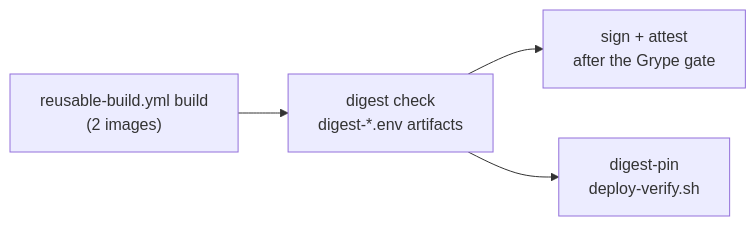
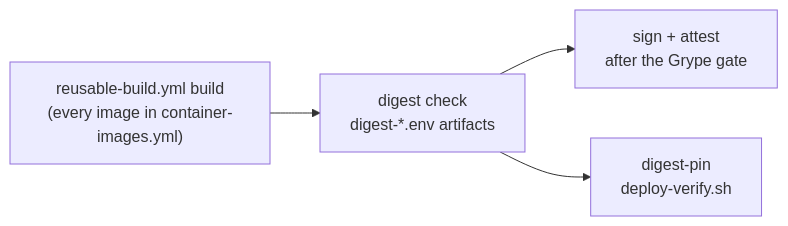
One commit to berserkhmdvhb/fullstack_template changed the third of 3 diagrams in wiki/containerization.md. Above: the diagram before and after it, drawn with Mermaid. The commit also changed other lines of this file and 23 other files, not shown here.

````diff
--- a/wiki/containerization.md
+++ b/wiki/containerization.md
@@ -392,6 +392,6 @@
 ```mermaid
 flowchart LR
-    Build["reusable-build.yml build<br/>(2 images)"] --> Verify["digest check<br/>digest-*.env artifacts"]
+    Build["reusable-build.yml build<br/>(every image in container-images.yml)"] --> Verify["digest check<br/>digest-*.env artifacts"]
     Verify --> Sign["sign + attest<br/>after the Grype gate"]
     Verify --> Digest["digest-pin<br/>deploy-verify.sh"]
 ```
````
